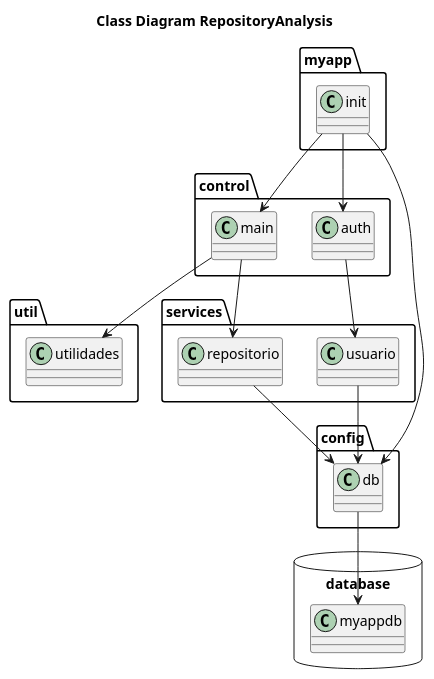
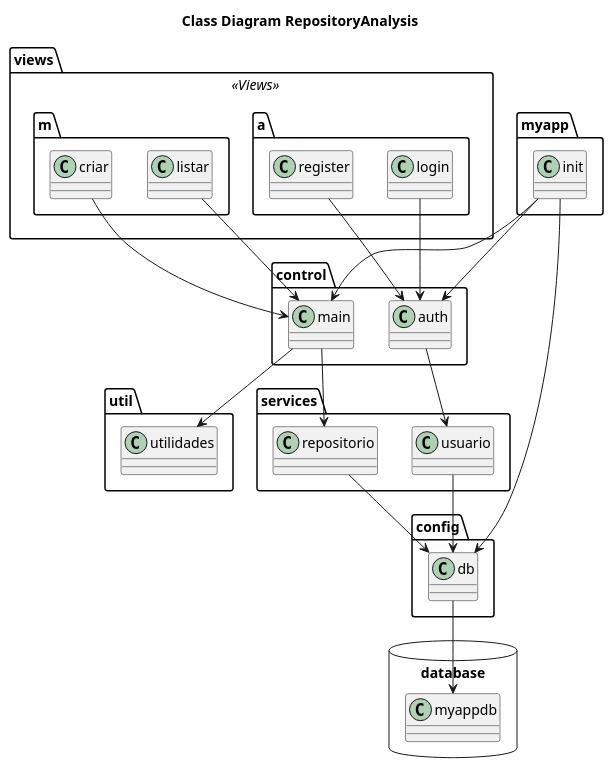
The diagram in docs/architecture_overview.wsd (myplayareas/ppc), drawn with PlantUML before and after one commit. The commit also changed 2 other files, not shown here.

Commit message:
Foi atualizado o diagrama de classes da aplicação.

```diff
--- a/docs/architecture_overview.wsd
+++ b/docs/architecture_overview.wsd
@@ -1,42 +1,58 @@
 @startuml
 
 title Class Diagram RepositoryAnalysis
 
 package myapp <<Folder>> {
   class init
 }
 
 package control <<Folder>> {
   class main
   class auth
 }
 
 package util <<Folder>> {
   class utilidades
 }
 
 package services <<Folder>> {
   class repositorio
   class usuario
 }
 
 package config <<Folder>> {
   class db
 }
 
 package database <<Database>> {
   class myappdb
 }
 
+package views <<Views>> {
+  package m <<Folder>> {
+    class listar
+    class criar
+  }
+
+  package a <<Folder>> {
+    class login
+    class register
+  }
+
+}
 
 init --> db
 init --> main
 init --> auth
 db --> myappdb
 main --> repositorio
 repositorio --> db
 main --> utilidades
 auth --> usuario
 usuario --> db
+listar --> main 
+criar --> main
+login --> auth 
+register --> auth
 
 @enduml
```
